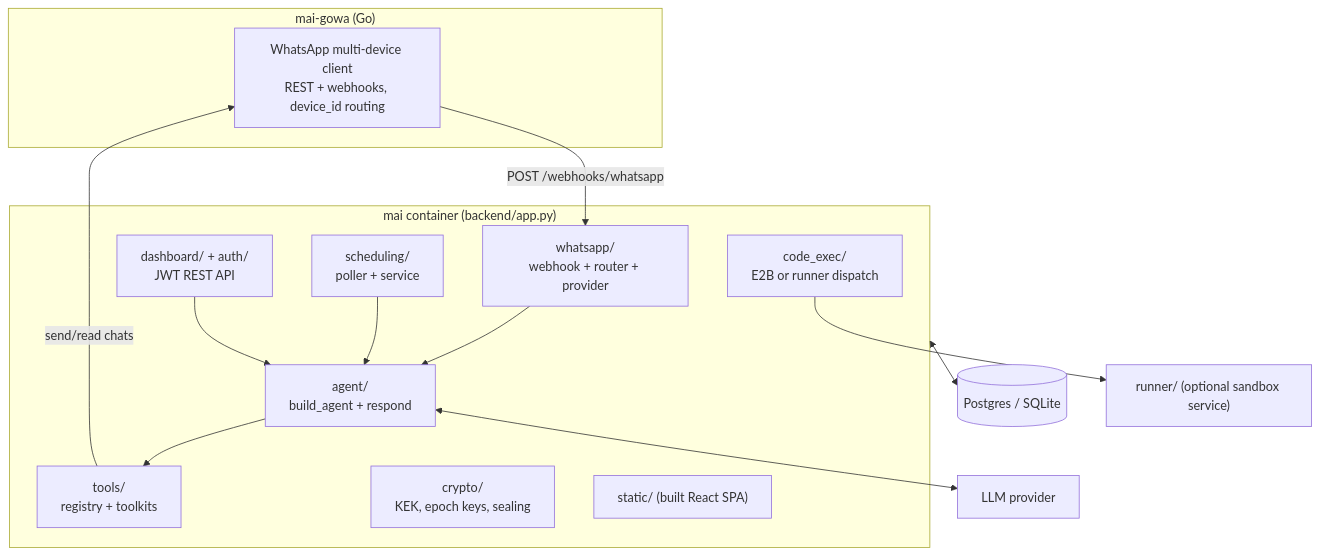
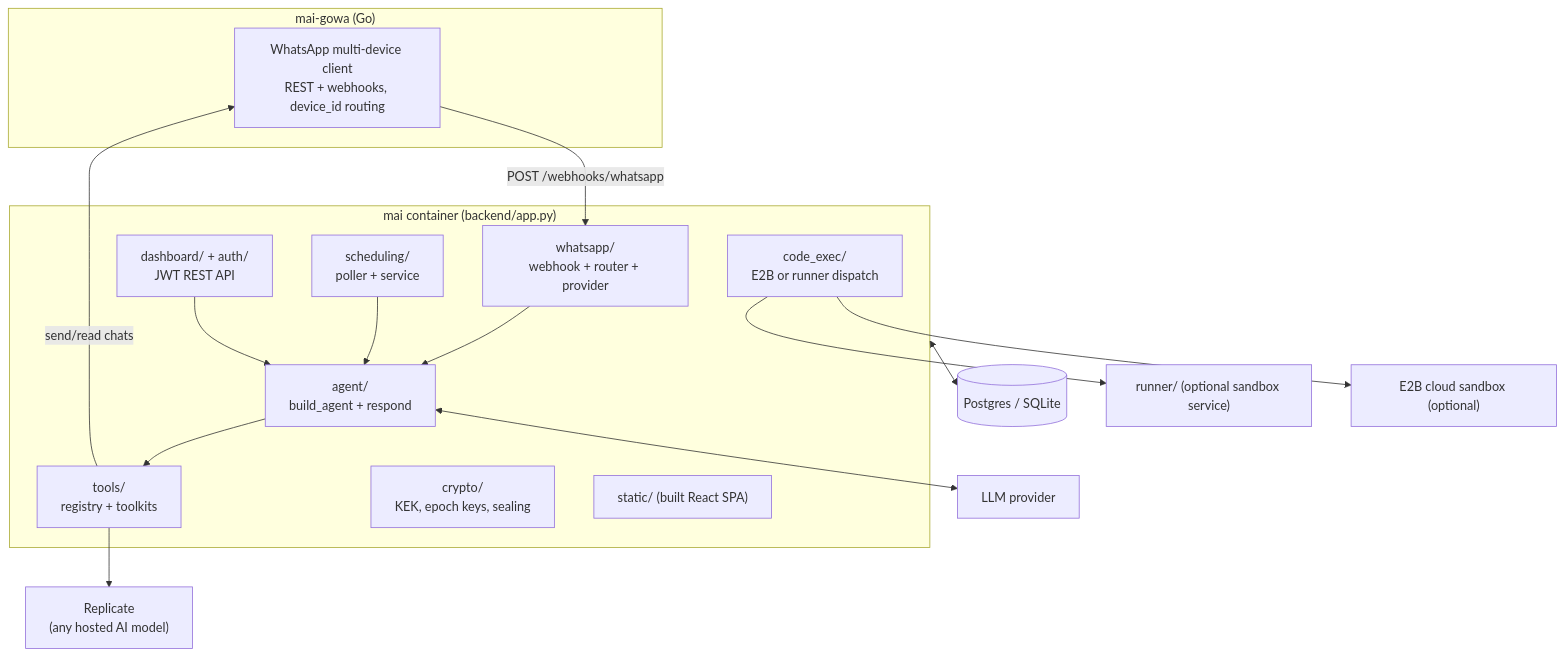
One commit to XiRoSe/MAI_super_agent_for_whatsapp_opensource changed the first of 4 diagrams in ARCHITECTURE.md. Above: the diagram before and after it, drawn with Mermaid. The commit also changed other lines of this file, not shown here.

First line of the commit message:
docs(architecture): subsystems in depth — scheduling, Replicate, sandboxed code exec

````diff
--- a/ARCHITECTURE.md
+++ b/ARCHITECTURE.md
@@ -11,29 +11,33 @@
 ```mermaid
 flowchart TB
   subgraph gateway["mai-gowa (Go)"]
     GW["WhatsApp multi-device client<br/>REST + webhooks, device_id routing"]
   end
   subgraph app["mai container (backend/app.py)"]
     WH["whatsapp/<br/>webhook + router + provider"]
     AG["agent/<br/>build_agent + respond"]
     TO["tools/<br/>registry + toolkits"]
     SC["scheduling/<br/>poller + service"]
     DA["dashboard/ + auth/<br/>JWT REST API"]
     CR["crypto/<br/>KEK, epoch keys, sealing"]
     CE["code_exec/<br/>E2B or runner dispatch"]
     SPA["static/ (built React SPA)"]
   end
   DB[(Postgres / SQLite)]
   LLM[LLM provider]
+  REP["Replicate<br/>(any hosted AI model)"]
   RUN["runner/ (optional sandbox service)"]
+  E2B["E2B cloud sandbox (optional)"]
 
   GW -->|"POST /webhooks/whatsapp"| WH
   WH --> AG
   AG --> TO
   TO -->|send/read chats| GW
+  TO --> REP
   SC --> AG
   DA --> AG
   AG <--> LLM
   app <--> DB
   CE --> RUN
+  CE --> E2B
 ```
````
